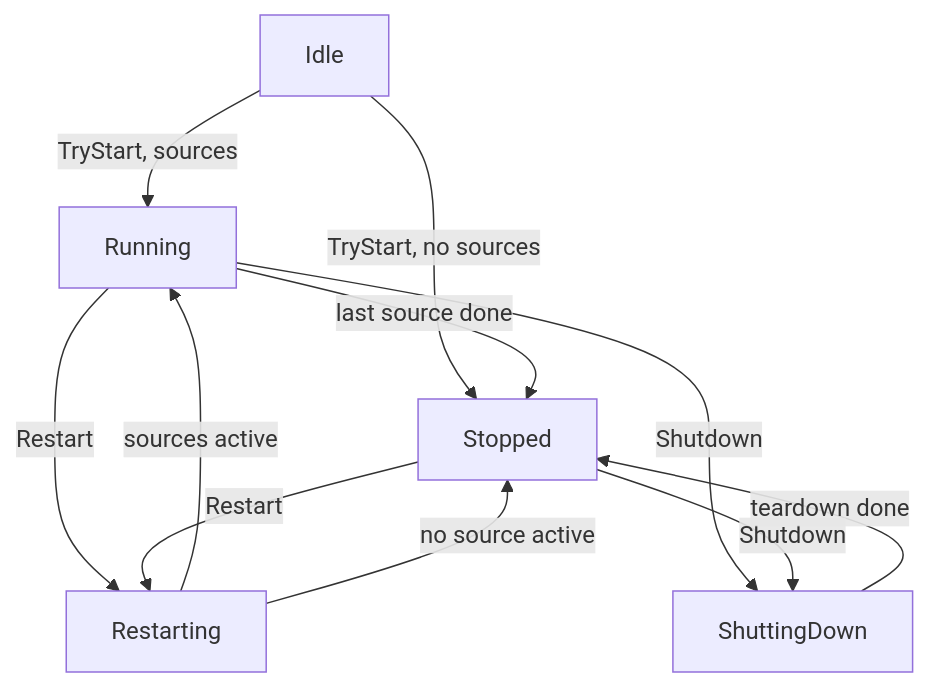
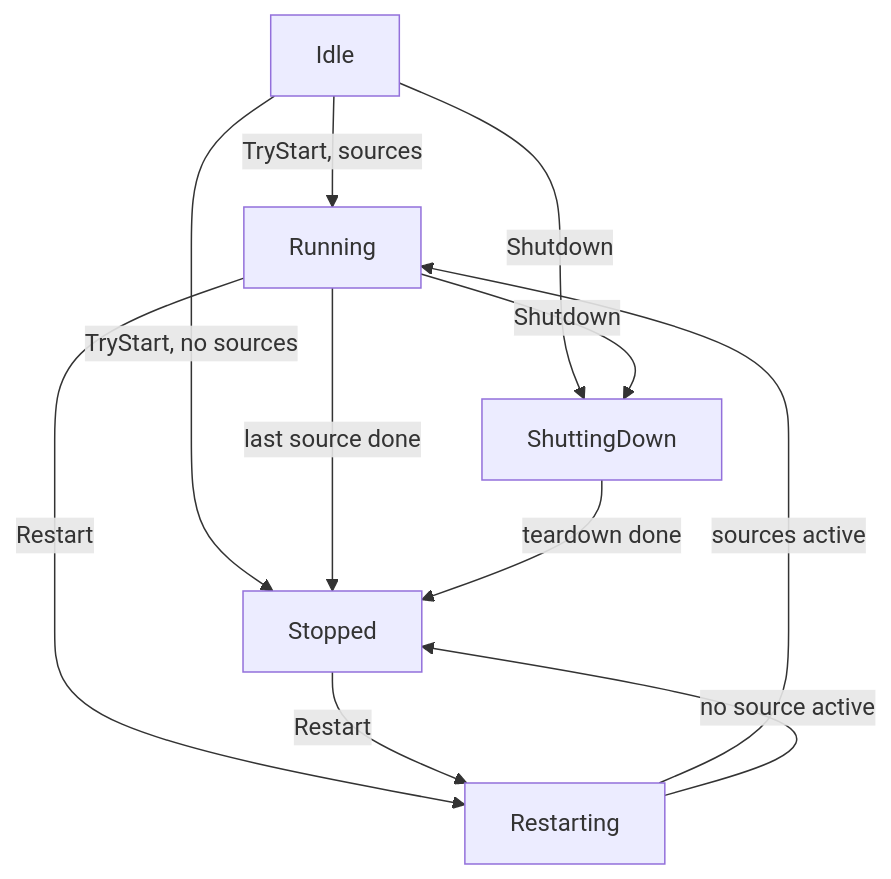
Before and after one commit to DevAM-Tools/NetworkInspector: the second of 2 diagrams in NetworkInspector.Sessions/SESSION_GUIDE.md, drawn with Mermaid. The commit also changed other lines of this file and 96 other files, not shown here.

````diff
--- a/NetworkInspector.Sessions/SESSION_GUIDE.md
+++ b/NetworkInspector.Sessions/SESSION_GUIDE.md
@@ -101,18 +101,18 @@
 ```mermaid
 graph TD
     Idle["Idle"]
     Running["Running"]
     Restarting["Restarting"]
     Stopped["Stopped"]
     ShuttingDown["ShuttingDown"]
     Idle -->|"TryStart, sources"| Running
     Idle -->|"TryStart, no sources"| Stopped
     Running -->|"last source done"| Stopped
     Running -->|"Restart"| Restarting
     Stopped -->|"Restart"| Restarting
     Restarting -->|"sources active"| Running
     Restarting -->|"no source active"| Stopped
+    Idle -->|"Shutdown"| ShuttingDown
     Running -->|"Shutdown"| ShuttingDown
-    Stopped -->|"Shutdown"| ShuttingDown
     ShuttingDown -->|"teardown done"| Stopped
 ```
````
